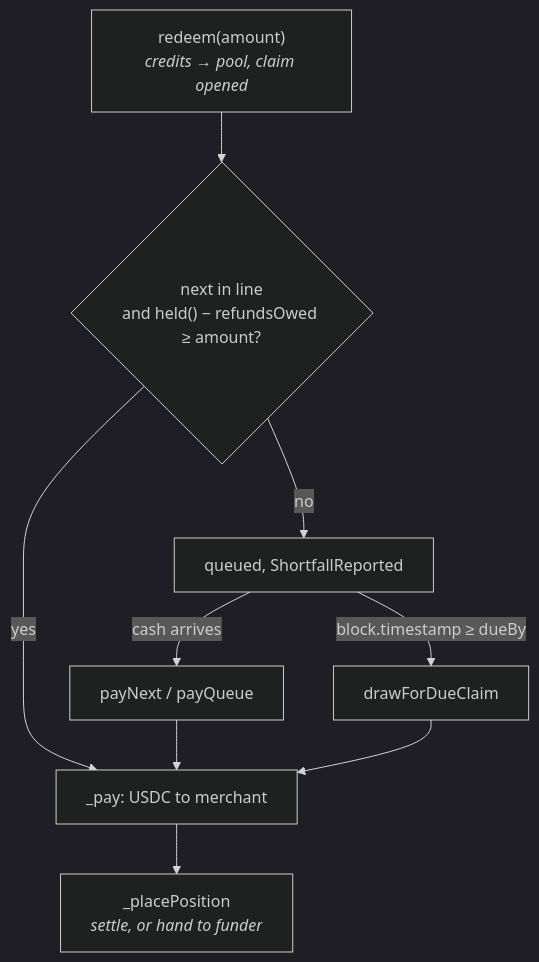
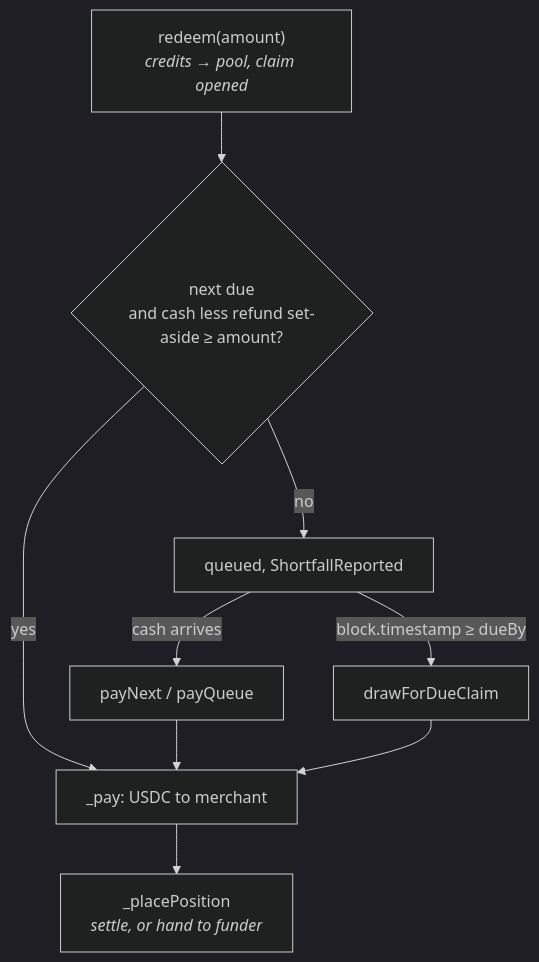
The diagram in docs/protocol/settlement.md (Deed3Labs/Protocol-Contracts), drawn with Mermaid (dark theme) before and after one commit. The commit also changed other lines of this file and 51 other files, not shown here.

````diff
--- a/docs/protocol/settlement.md
+++ b/docs/protocol/settlement.md
@@ -75,11 +84,11 @@
 ```mermaid
 flowchart TD
-  R["redeem(amount)<br/><i>credits → pool, claim opened</i>"] --> Q{"next in line<br/>and held() − refundsOwed ≥ amount?"}
+  R["redeem(amount)<br/><i>credits → pool, claim opened</i>"] --> Q{"next due<br/>and cash less refund set-aside ≥ amount?"}
   Q -->|yes| P["_pay: USDC to merchant"]
   Q -->|no| W["queued, ShortfallReported"]
   W -->|"cash arrives"| N["payNext / payQueue"]
   W -->|"block.timestamp ≥ dueBy"| D["drawForDueClaim"]
   N --> P
   D --> P
   P --> PL["_placePosition<br/><i>settle, or hand to funder</i>"]
 ```
````
